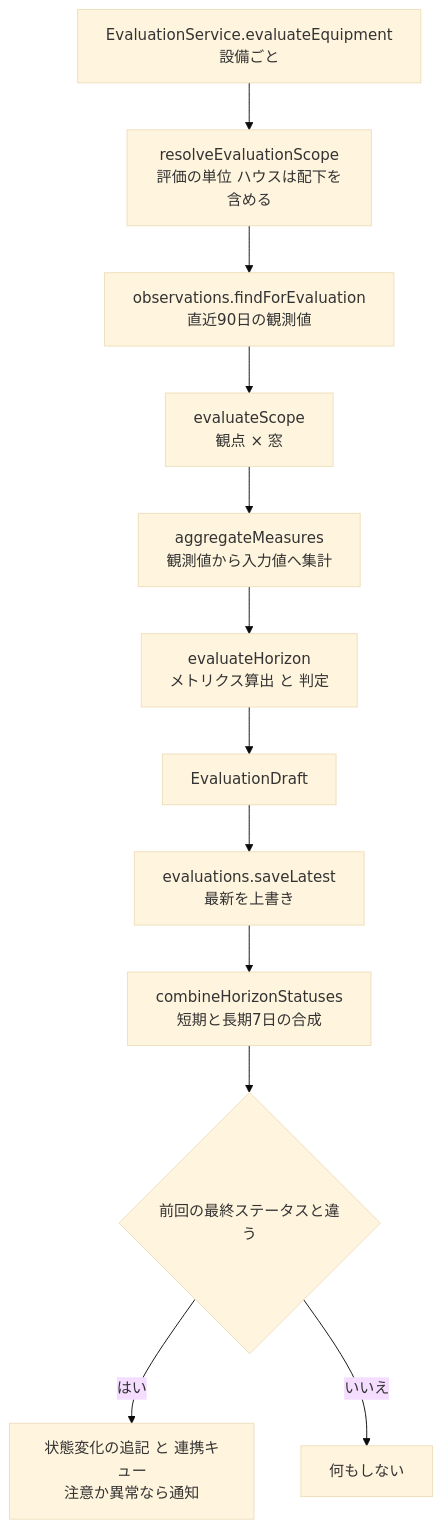
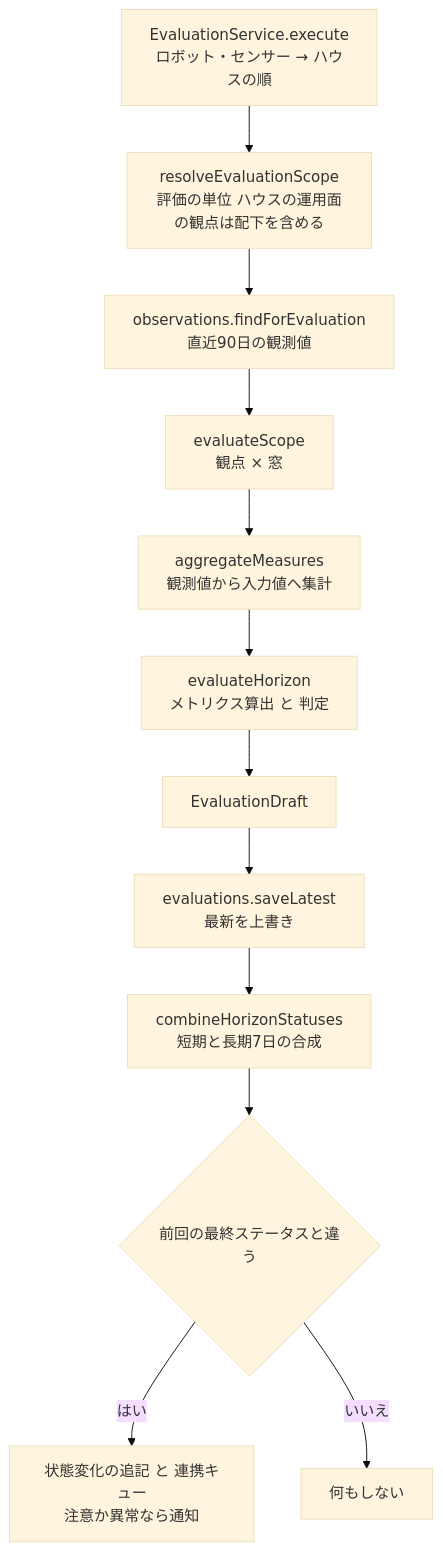
One commit to NS-APU/smart-farm-monitoring changed diagram 45 of 47 in docs/10_design/architecture/as-built.md. Above: the diagram before and after it, drawn with Mermaid (base theme). The commit also changed other lines of this file and 8 other files, not shown here.

````diff
--- a/docs/10_design/architecture/as-built.md
+++ b/docs/10_design/architecture/as-built.md
@@ -2192,14 +2192,14 @@
 ```mermaid
 flowchart TB
-  A["EvaluationService.evaluateEquipment<br>設備ごと"] --> B["resolveEvaluationScope<br>評価の単位 ハウスは配下を含める"]
+  A["EvaluationService.execute<br>ロボット・センサー → ハウスの順"] --> B["resolveEvaluationScope<br>評価の単位 ハウスの運用面の観点は配下を含める"]
   B --> C["observations.findForEvaluation<br>直近90日の観測値"]
   C --> D["evaluateScope<br>観点 × 窓"]
   D --> E["aggregateMeasures<br>観測値から入力値へ集計"]
   E --> F["evaluateHorizon<br>メトリクス算出 と 判定"]
   F --> G["EvaluationDraft"]
   G --> H["evaluations.saveLatest<br>最新を上書き"]
   H --> I["combineHorizonStatuses<br>短期と長期7日の合成"]
   I --> J{"前回の最終ステータスと違う"}
   J -->|"はい"| K["状態変化の追記 と 連携キュー<br>注意か異常なら通知"]
   J -->|"いいえ"| L["何もしない"]
 ```
````
